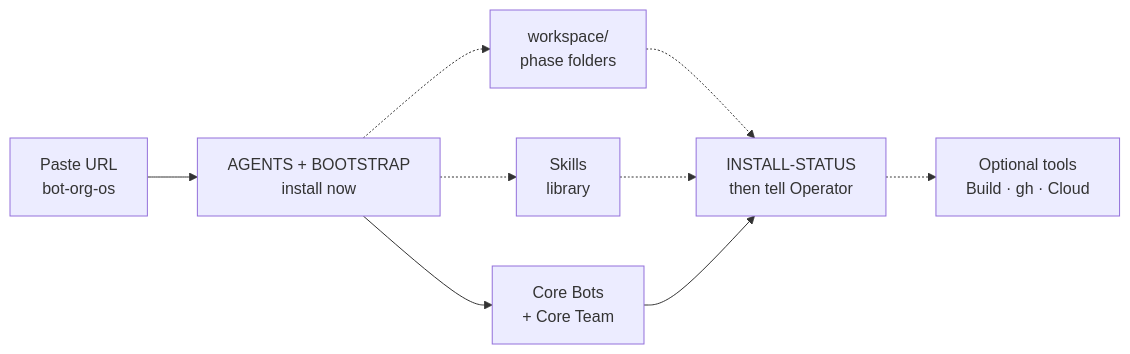
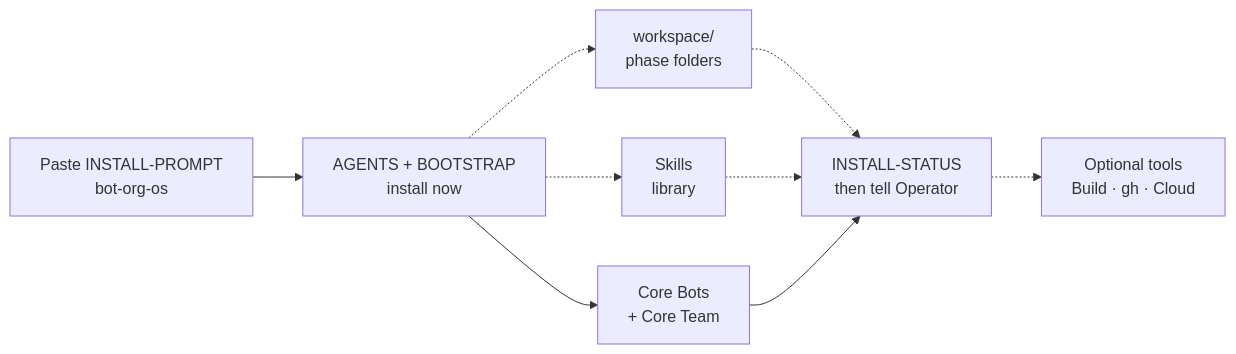
The second of 3 diagrams in README.md (firmasite/bot-org-os), drawn with Mermaid before and after one commit. The commit also changed other lines of this file and 4 other files, not shown here.

````diff
--- a/README.md
+++ b/README.md
@@ -53,11 +66,11 @@
 ```mermaid
 flowchart LR
-  A[Paste URL<br/>bot-org-os] --> B[AGENTS + BOOTSTRAP<br/>install now]
+  A[Paste INSTALL-PROMPT<br/>bot-org-os] --> B[AGENTS + BOOTSTRAP<br/>install now]
   B -.-> F[workspace/<br/>phase folders]
   B -.-> S[Skills<br/>library]
   B --> C[Core Bots<br/>+ Core Team]
   F -.-> I[INSTALL-STATUS<br/>then tell Operator]
   S -.-> I
   C --> I
   I -.-> O[Optional tools<br/>Build · gh · Cloud]
 ```
````
